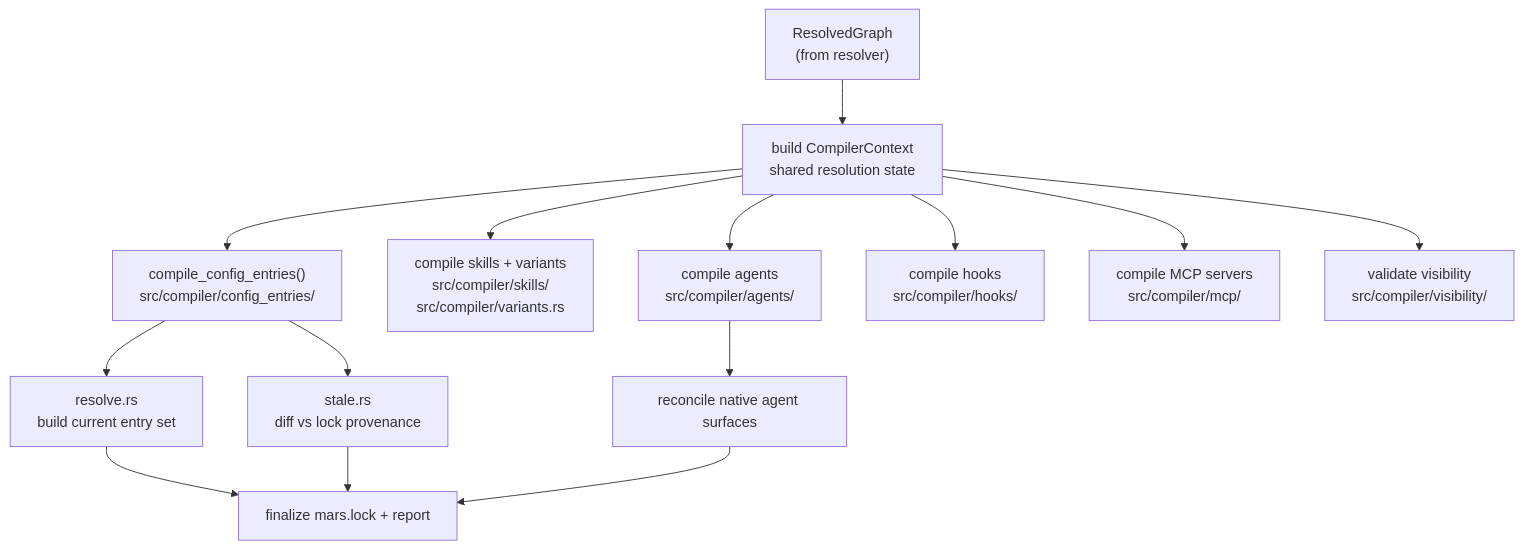
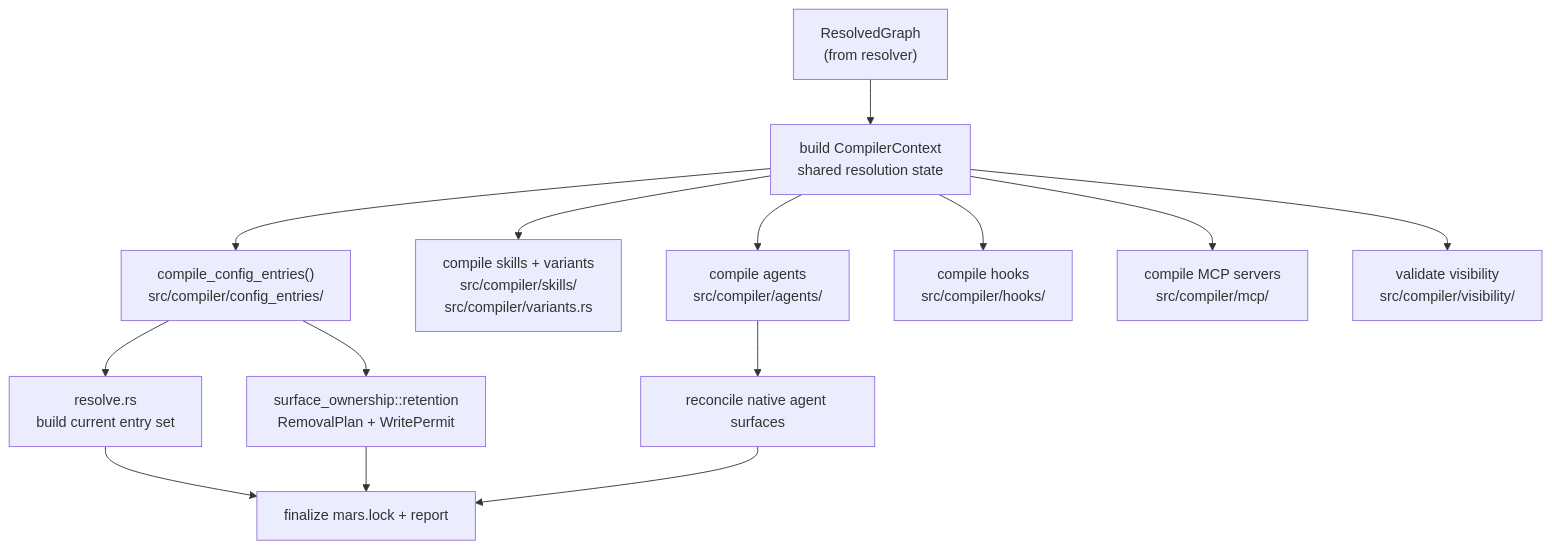
Before and after one commit to haowjy/meridian-cli-kb: the diagram in kb/concepts/package-management/compiler-pipeline.md, drawn with Mermaid. The commit also changed other lines of this file and 6 other files, not shown here.

````diff
--- a/kb/concepts/package-management/compiler-pipeline.md
+++ b/kb/concepts/package-management/compiler-pipeline.md
@@ -10,29 +10,29 @@
 ```mermaid
 graph TD
     GRAPH["ResolvedGraph\n(from resolver)"]
     CTX["build CompilerContext\nshared resolution state"]
     AGENTS["compile agents\nsrc/compiler/agents/"]
     SKILLS["compile skills + variants\nsrc/compiler/skills/\nsrc/compiler/variants.rs"]
     CE["compile_config_entries()\nsrc/compiler/config_entries/"]
     CE_RESOLVE["resolve.rs\nbuild current entry set"]
-    CE_STALE["stale.rs\ndiff vs lock provenance"]
+    RETAIN["surface_ownership::retention\nRemovalPlan + WritePermit"]
     HOOKS["compile hooks\nsrc/compiler/hooks/"]
     MCP["compile MCP servers\nsrc/compiler/mcp/"]
     VIS["validate visibility\nsrc/compiler/visibility/"]
     NATIVE["reconcile native agent surfaces"]
     LOCK["finalize mars.lock + report"]
 
     GRAPH --> CTX
     CTX --> AGENTS
     CTX --> SKILLS
     CTX --> CE
     CE --> CE_RESOLVE
-    CE --> CE_STALE
+    CE --> RETAIN
     CTX --> HOOKS
     CTX --> MCP
     CTX --> VIS
     AGENTS --> NATIVE
     CE_RESOLVE --> LOCK
-    CE_STALE --> LOCK
+    RETAIN --> LOCK
     NATIVE --> LOCK
 ```
````
